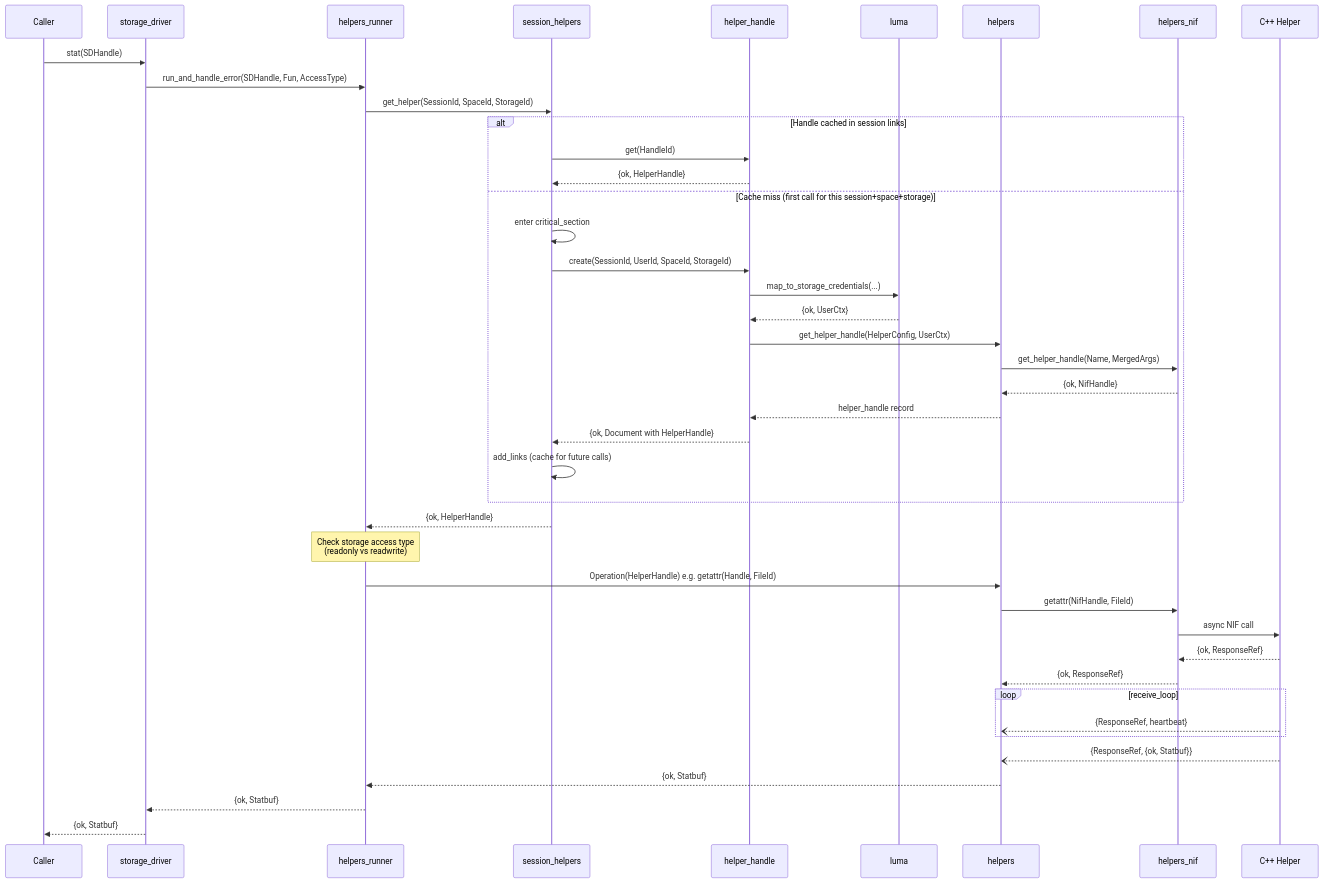
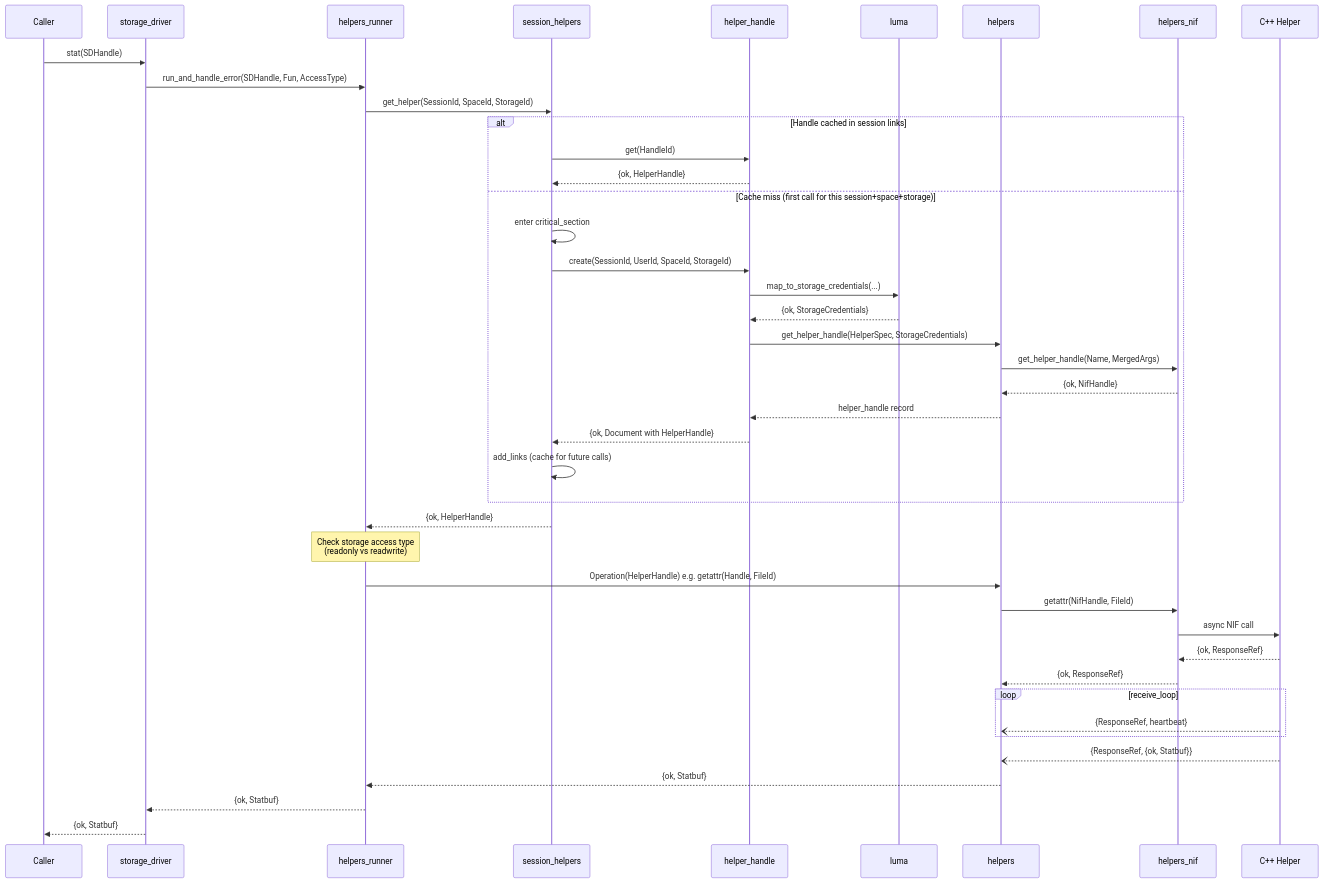
The second of 6 diagrams in doc/architecture/storage/helpers/helper-operations.md (onedata/op-worker), drawn with Mermaid before and after one commit. The commit also changed other lines of this file and 82 other files, not shown here.

First line of the commit message:
VFS-12677 Rename helper_config to helper_spec

````diff
--- a/doc/architecture/storage/helpers/helper-operations.md
+++ b/doc/architecture/storage/helpers/helper-operations.md
@@ -146,52 +146,52 @@
 ```mermaid
 sequenceDiagram
     participant Caller
     participant SD as storage_driver
     participant HR as helpers_runner
     participant SH as session_helpers
     participant HH as helper_handle
     participant LUMA as luma
     participant H as helpers
     participant NIF as helpers_nif
     participant CPP as C++ Helper
 
     Caller->>SD: stat(SDHandle)
     SD->>HR: run_and_handle_error(SDHandle, Fun, AccessType)
 
     HR->>SH: get_helper(SessionId, SpaceId, StorageId)
 
     alt Handle cached in session links
         SH->>HH: get(HandleId)
         HH-->>SH: {ok, HelperHandle}
     else Cache miss (first call for this session+space+storage)
         SH->>SH: enter critical_section
         SH->>HH: create(SessionId, UserId, SpaceId, StorageId)
         HH->>LUMA: map_to_storage_credentials(...)
-        LUMA-->>HH: {ok, UserCtx}
-        HH->>H: get_helper_handle(HelperConfig, UserCtx)
+        LUMA-->>HH: {ok, StorageCredentials}
+        HH->>H: get_helper_handle(HelperSpec, StorageCredentials)
         H->>NIF: get_helper_handle(Name, MergedArgs)
         NIF-->>H: {ok, NifHandle}
         H-->>HH: helper_handle record
         HH-->>SH: {ok, Document with HelperHandle}
         SH->>SH: add_links (cache for future calls)
     end
 
     SH-->>HR: {ok, HelperHandle}
 
     Note over HR: Check storage access type<br/>(readonly vs readwrite)
 
     HR->>H: Operation(HelperHandle) e.g. getattr(Handle, FileId)
     H->>NIF: getattr(NifHandle, FileId)
     NIF->>CPP: async NIF call
     CPP-->>NIF: {ok, ResponseRef}
     NIF-->>H: {ok, ResponseRef}
 
     loop receive_loop
         CPP--)H: {ResponseRef, heartbeat}
     end
     CPP--)H: {ResponseRef, {ok, Statbuf}}
 
     H-->>HR: {ok, Statbuf}
     HR-->>SD: {ok, Statbuf}
     SD-->>Caller: {ok, Statbuf}
 ```
````
